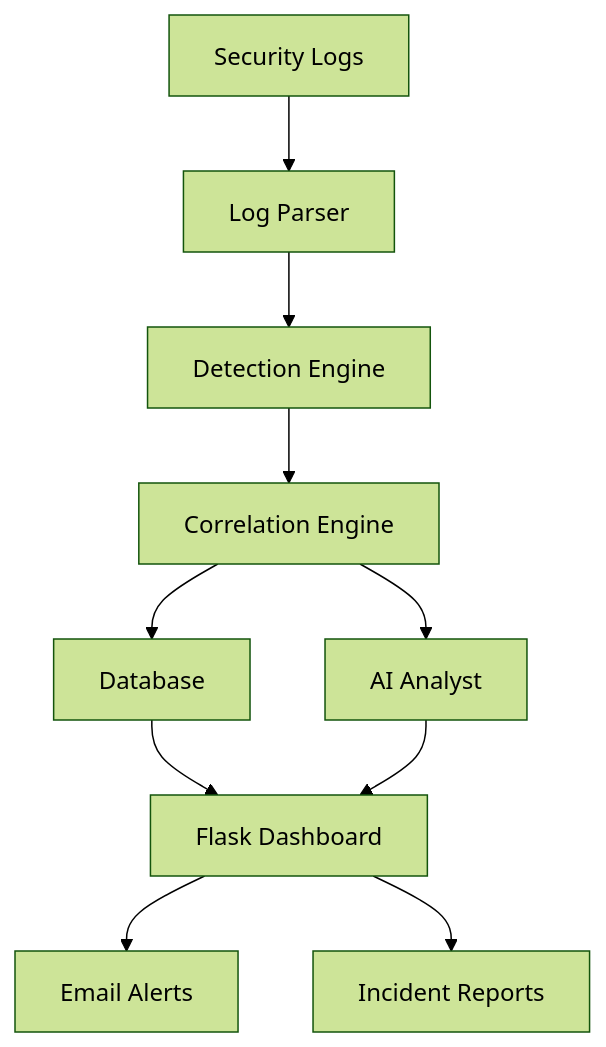
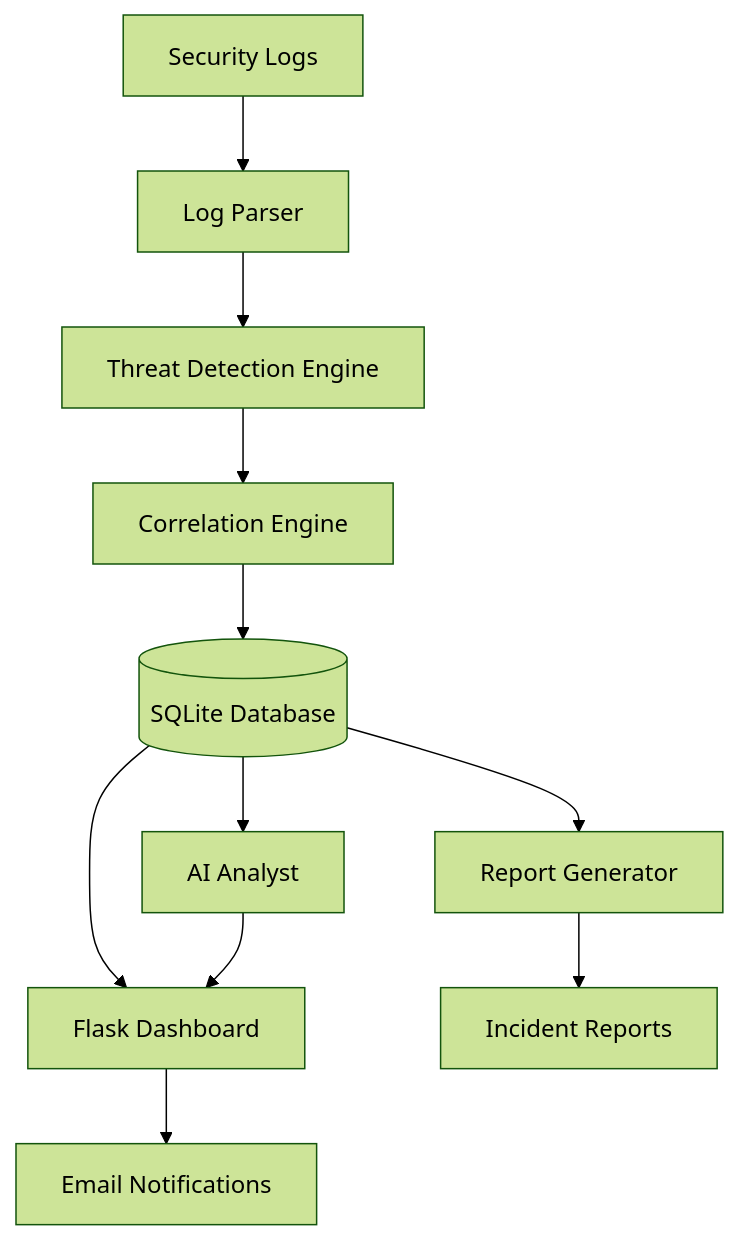
One commit to zero-trace1/sentineliq-dashboard changed the first of 2 diagrams in README.md. Above: the diagram before and after it, drawn with Mermaid (forest theme). The commit also changed other lines of this file, not shown here.

````diff
--- a/README.md
+++ b/README.md
@@ -25,12 +25,15 @@
 ```mermaid
 flowchart TD
     A[Security Logs] --> B[Log Parser]
-    B --> C[Detection Engine]
+    B --> C[Threat Detection Engine]
     C --> D[Correlation Engine]
-    D --> E[Database]
-    D --> F[AI Analyst]
-    E --> G[Flask Dashboard]
-    F --> G
-    G --> H[Email Alerts]
+    D --> E[(SQLite Database)]
+
+    E --> F[Flask Dashboard]
+    E --> G[Report Generator]
+    E --> H[AI Analyst]
+
+    H --> F
     G --> I[Incident Reports]
+    F --> J[Email Notifications]
 ```
````
